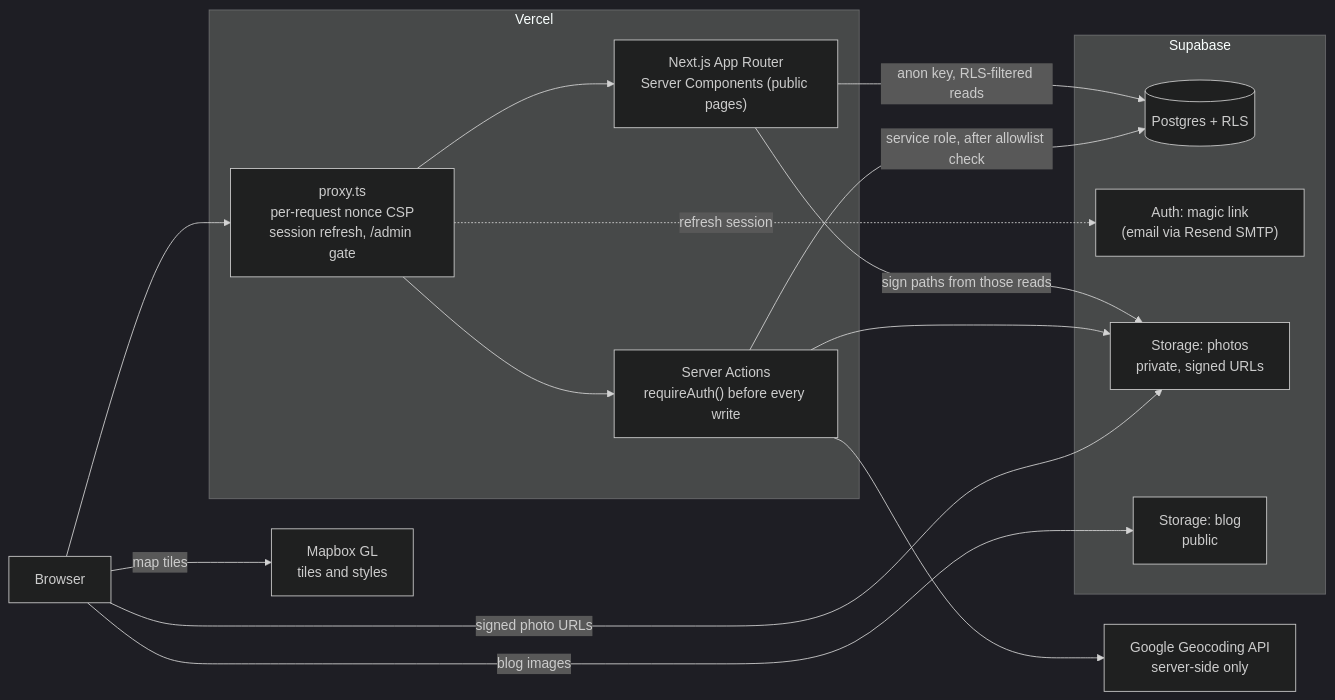
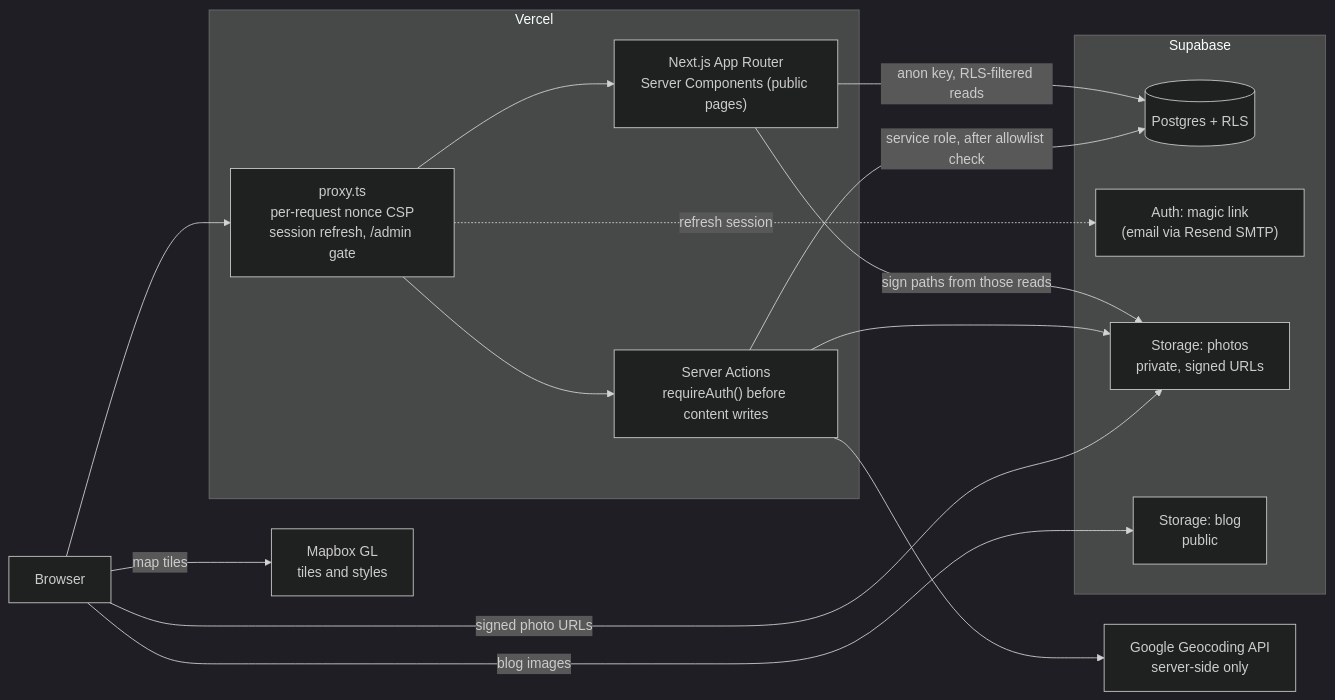
The diagram in README.md (vidhartbhatia/sips), drawn with Mermaid (dark theme) before and after one commit. The commit also changed other lines of this file, not shown here.

````diff
--- a/README.md
+++ b/README.md
@@ -32,32 +32,32 @@
 ```mermaid
 flowchart LR
   browser["Browser"]
 
   subgraph vercel["Vercel"]
     proxy["proxy.ts<br/>per-request nonce CSP<br/>session refresh, /admin gate"]
     rsc["Next.js App Router<br/>Server Components (public pages)"]
-    actions["Server Actions<br/>requireAuth() before every write"]
+    actions["Server Actions<br/>requireAuth() before content writes"]
   end
 
   subgraph supabase["Supabase"]
     db[("Postgres + RLS")]
     auth["Auth: magic link<br/>(email via Resend SMTP)"]
     photos["Storage: photos<br/>private, signed URLs"]
     blog["Storage: blog<br/>public"]
   end
 
   mapbox["Mapbox GL<br/>tiles and styles"]
   geocode["Google Geocoding API<br/>server-side only"]
 
   browser --> proxy --> rsc
   proxy --> actions
   rsc -- "anon key, RLS-filtered reads" --> db
   rsc -- "sign paths from those reads" --> photos
   actions -- "service role, after allowlist check" --> db
   actions --> photos
   actions --> geocode
   proxy -. "refresh session" .-> auth
   browser -- "map tiles" --> mapbox
   browser -- "signed photo URLs" --> photos
   browser -- "blog images" --> blog
 ```
````
